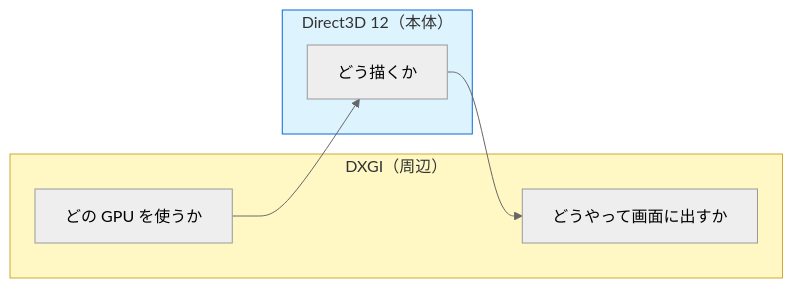
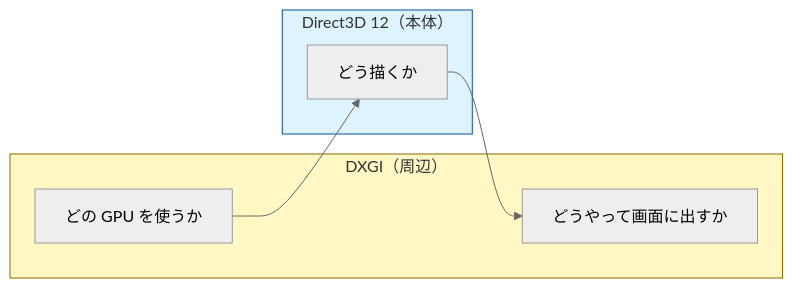
One commit to Tomonorarari-Think/DirectX12Dev changed the second of 3 diagrams in docs/tutorial/03_DirectX12の初期化.md. Above: the diagram before and after it, drawn with Mermaid (neutral theme). The commit also changed other lines of this file and 24 other files, not shown here.

First line of the commit message:
fix: 図の配色を見直し、コントラスト比を 7:1 以上に引き上げる

````diff
--- a/docs/tutorial/03_DirectX12の初期化.md
+++ b/docs/tutorial/03_DirectX12の初期化.md
@@ -104,15 +104,15 @@
 ```mermaid
 flowchart LR
     subgraph DXGI["DXGI（周辺）"]
         A1["どの GPU を使うか"]
         A2["どうやって画面に出すか"]
     end
     subgraph D3D["Direct3D 12（本体）"]
         B1["どう描くか"]
     end
     A1 --> B1
     B1 --> A2
 
-    style DXGI fill:#fff8c5,stroke:#d4a72c
-    style D3D fill:#ddf4ff,stroke:#0969da
+    style DXGI fill:#fff8c5,stroke:#8a6d00
+    style D3D fill:#ddf4ff,stroke:#0a4f9e
 ```
````
